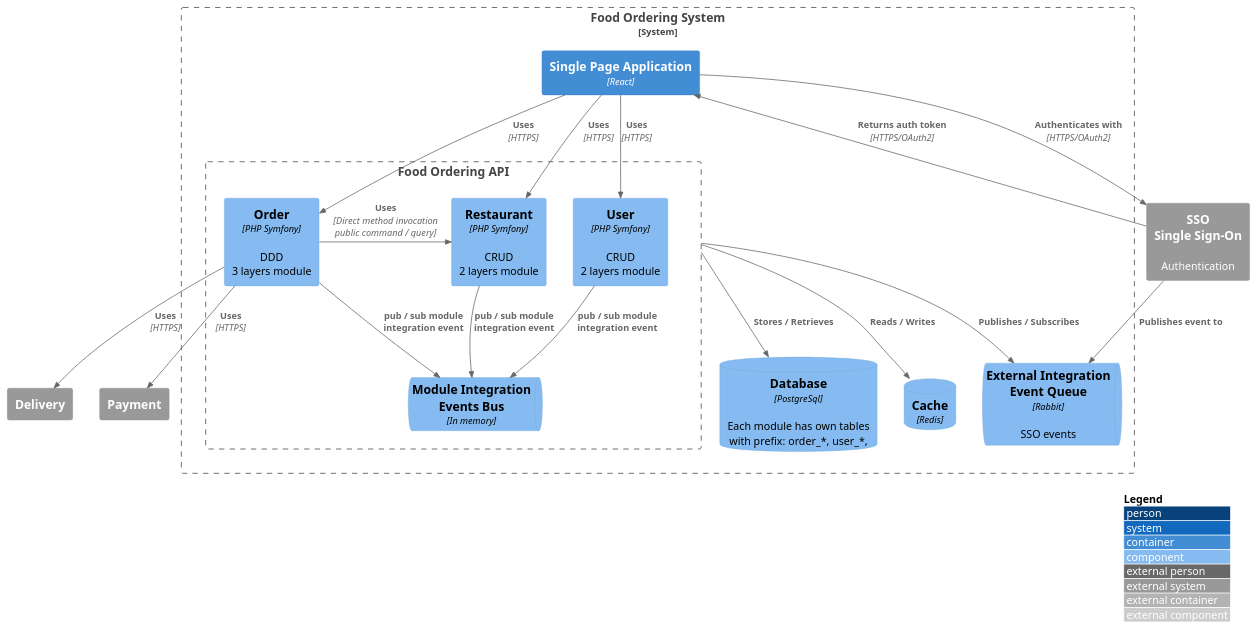
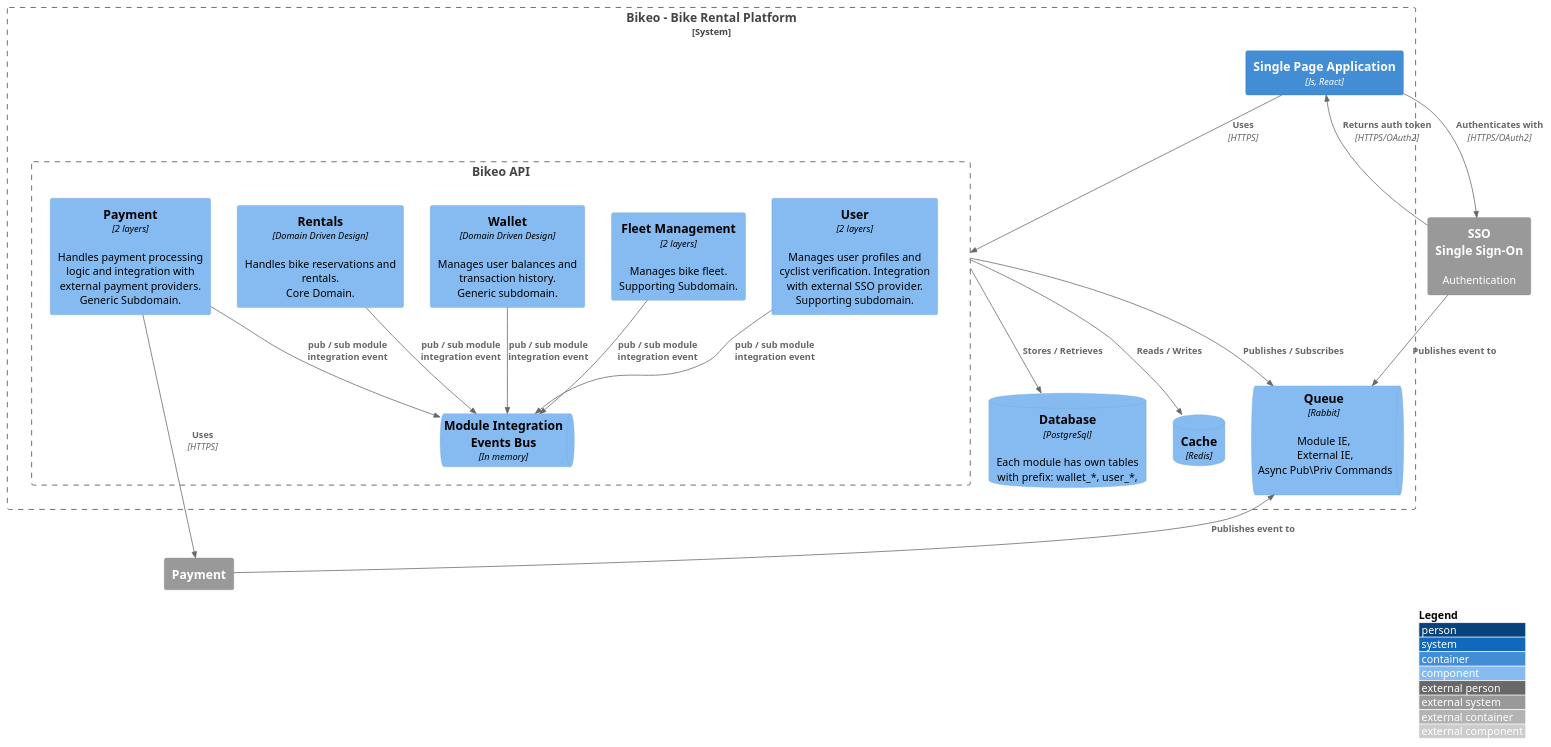
One commit to velorb/modular-monolith-php changed the diagram in docs/C4/c3_component.puml. Above: the diagram before and after it, drawn with PlantUML. The commit also changed 53 other files, not shown here.

Commit message:
feat(user): add sso integration by keycloak

```diff
--- a/docs/C4/c3_component.puml
+++ b/docs/C4/c3_component.puml
@@ -1,46 +1,45 @@
 @startuml
 !include https://raw.githubusercontent.com/plantuml-stdlib/C4-PlantUML/master/C4_Component.puml
 
-System_Boundary(c1, "Food Ordering System") {
-    Container(spa, "Single Page Application", "React")
-    Boundary(foodOrderingApi, "Food Ordering API") {
-        Component(restaurant, "Restaurant", "PHP Symfony", CRUD\n2 layers module)
-        Component(order, "Order", "PHP Symfony", "DDD\n3 layers module")
-        Component(user, "User", "PHP Symfony", "CRUD\n2 layers module")
+System_Boundary(c1, "Bikeo - Bike Rental Platform") {
+    Container(spa, "Single Page Application", "Js, React")
+    Boundary(bikeoApi, "Bikeo API") {
+        Component(paymentInternal, "Payment", "2 layers", "Handles payment processing logic and integration with external payment providers.\nGeneric Subdomain.")
+        Component(user, "User", "2 layers", "Manages user profiles and cyclist verification. Integration with external SSO provider.\nSupporting subdomain.")
+        Component(fleetManagement, "Fleet Management", "2 layers", "Manages bike fleet.\nSupporting Subdomain.")
+        Component(wallet, "Wallet", "Domain Driven Design", "Manages user balances and transaction history.\nGeneric subdomain.")
+        Component(rentals, "Rentals", "Domain Driven Design", "Handles bike reservations and rentals.\nCore Domain.")
         ComponentQueue(integrationEventBus, "Module Integration Events Bus", "In memory")
     }
-    ComponentQueue(externalIntegrationEventQueue, "External Integration Event Queue", "Rabbit", "SSO events")
-    ComponentDb(database, "Database", "PostgreSql", "Each module has own tables with prefix: order_*, user_*, ")
+    ComponentQueue(externalIntegrationEventQueue, "Queue", "Rabbit", "Module IE,\n External IE,\n Async Pub\Priv Commands\n")
+    ComponentDb(database, "Database", "PostgreSql", "Each module has own tables with prefix: wallet_*, user_*, ")
     ComponentDb(cache, "Cache", "Redis")
-
 }
-System_Ext(delivery, "Delivery")
 System_Ext(sso, "SSO\nSingle Sign-On", "Authentication")
 System_Ext(payment, "Payment")
 
-Rel(spa, restaurant, "Uses", "HTTPS")
-Rel(spa, order, "Uses", "HTTPS")
-Rel(spa, user, "Uses", "HTTPS")
+Rel(spa, bikeoApi, "Uses", "HTTPS")
 
 Rel(spa, sso, "Authenticates with", "HTTPS/OAuth2")
 Rel(sso, spa, "Returns auth token", "HTTPS/OAuth2")
 
-Rel(foodOrderingApi, cache, "Reads / Writes")
+Rel(bikeoApi, cache, "Reads / Writes")
 
-Rel(order, integrationEventBus, "pub / sub module integration event")
+Rel(wallet, integrationEventBus, "pub / sub module integration event")
 Rel(user, integrationEventBus, "pub / sub module integration event")
-Rel(restaurant, integrationEventBus, "pub / sub module integration event")
+Rel(fleetManagement, integrationEventBus, "pub / sub module integration event")
+Rel(rentals, integrationEventBus, "pub / sub module integration event")
+Rel(paymentInternal, integrationEventBus, "pub / sub module integration event")
 
-Rel(foodOrderingApi, externalIntegrationEventQueue, "Publishes / Subscribes")
+Rel(bikeoApi, externalIntegrationEventQueue, "Publishes / Subscribes")
 Rel(sso, externalIntegrationEventQueue, "Publishes event to")
+Rel_U(payment, externalIntegrationEventQueue, "Publishes event to")
 
-Rel(foodOrderingApi, database, "Stores / Retrieves")
+Rel(bikeoApi, database, "Stores / Retrieves")
 
-Rel(order, delivery, "Uses", "HTTPS")
-Rel(order, payment, "Uses", "HTTPS")
-Rel_R(order, restaurant, "Uses", "Direct method invocation\npublic command / query")
+Rel(paymentInternal, payment, "Uses", "HTTPS")
 
 
 LAYOUT_WITH_LEGEND()
 
 @enduml
```
